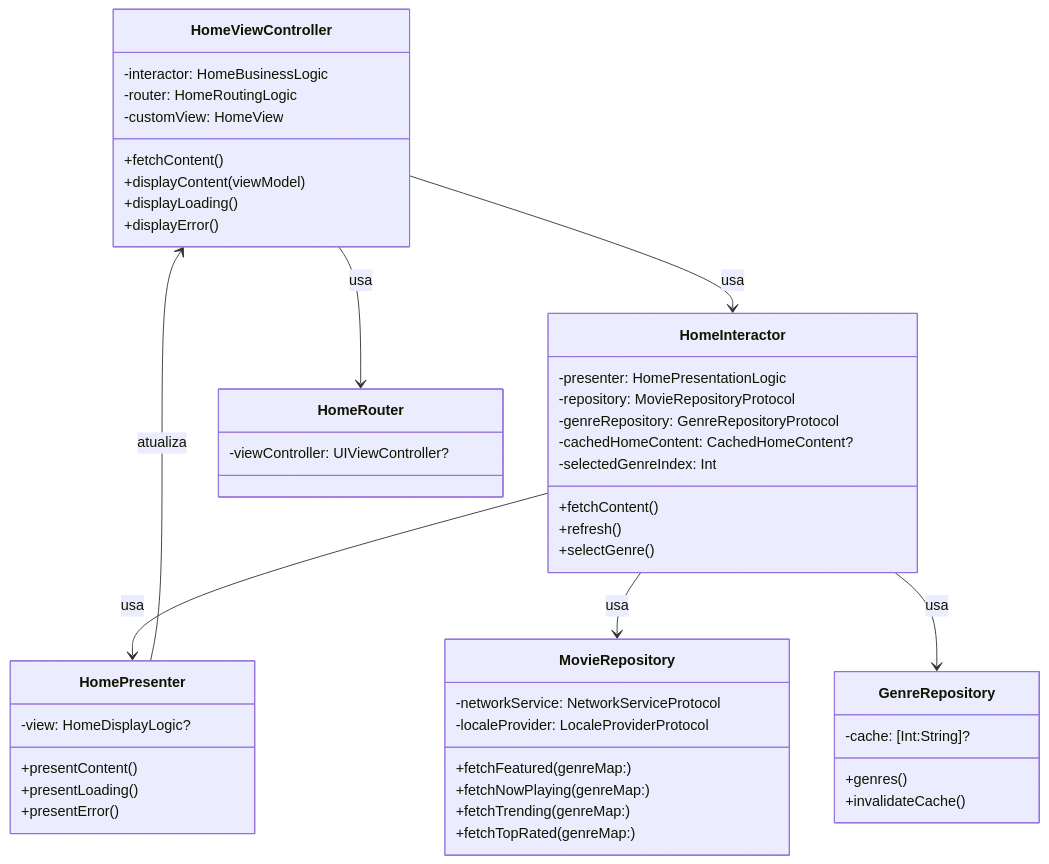
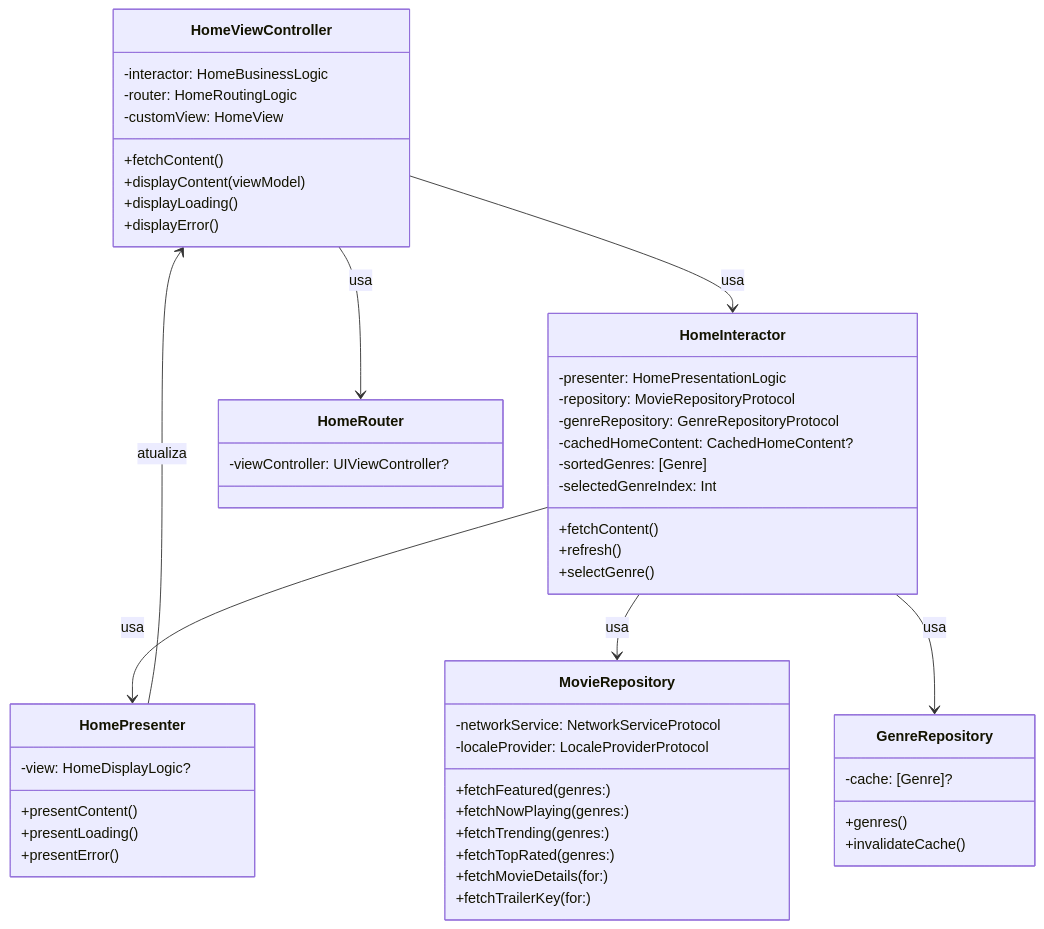
One commit to gilsonsantos03/cineteca changed the seventh of 8 diagrams in cineteca/DOCUMENTACAO-PROJETO.md. Above: the diagram before and after it, drawn with Mermaid. The commit also changed other lines of this file and 17 other files, not shown here.

````diff
--- a/cineteca/DOCUMENTACAO-PROJETO.md
+++ b/cineteca/DOCUMENTACAO-PROJETO.md
@@ -907,56 +928,59 @@
 ```mermaid
 classDiagram
     class HomeViewController {
         -interactor: HomeBusinessLogic
         -router: HomeRoutingLogic
         -customView: HomeView
         +fetchContent()
         +displayContent(viewModel)
         +displayLoading()
         +displayError()
     }
 
     class HomeInteractor {
         -presenter: HomePresentationLogic
         -repository: MovieRepositoryProtocol
         -genreRepository: GenreRepositoryProtocol
         -cachedHomeContent: CachedHomeContent?
+        -sortedGenres: [Genre]
         -selectedGenreIndex: Int
         +fetchContent()
         +refresh()
         +selectGenre()
     }
 
     class HomePresenter {
         -view: HomeDisplayLogic?
         +presentContent()
         +presentLoading()
         +presentError()
     }
 
     class HomeRouter {
         -viewController: UIViewController?
     }
 
     class MovieRepository {
         -networkService: NetworkServiceProtocol
         -localeProvider: LocaleProviderProtocol
-        +fetchFeatured(genreMap:)
-        +fetchNowPlaying(genreMap:)
-        +fetchTrending(genreMap:)
-        +fetchTopRated(genreMap:)
+        +fetchFeatured(genres:)
+        +fetchNowPlaying(genres:)
+        +fetchTrending(genres:)
+        +fetchTopRated(genres:)
+        +fetchMovieDetails(for:)
+        +fetchTrailerKey(for:)
     }
 
     class GenreRepository {
-        -cache: [Int:String]?
+        -cache: [Genre]?
         +genres()
         +invalidateCache()
     }
 
     HomeViewController --> HomeInteractor : usa
     HomeViewController --> HomeRouter : usa
     HomeInteractor --> HomePresenter : usa
     HomeInteractor --> MovieRepository : usa
     HomeInteractor --> GenreRepository : usa
     HomePresenter --> HomeViewController : atualiza
 ```
````
